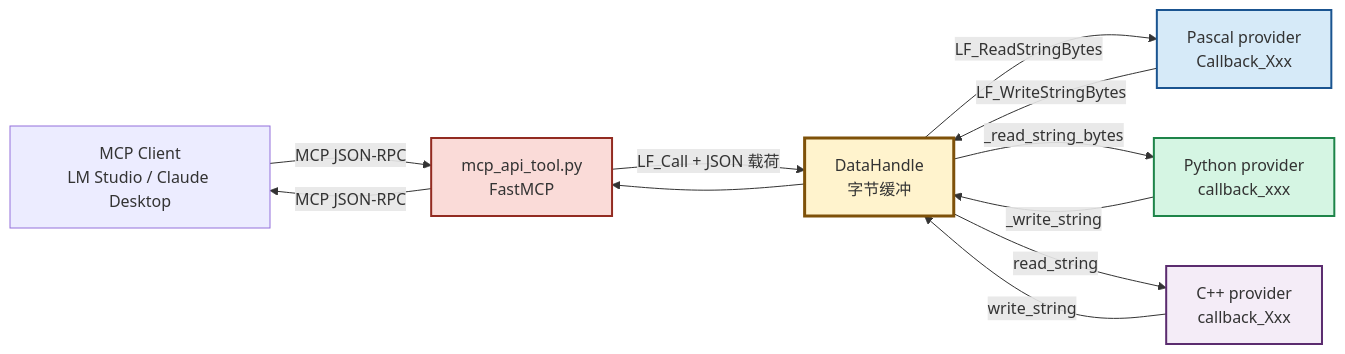
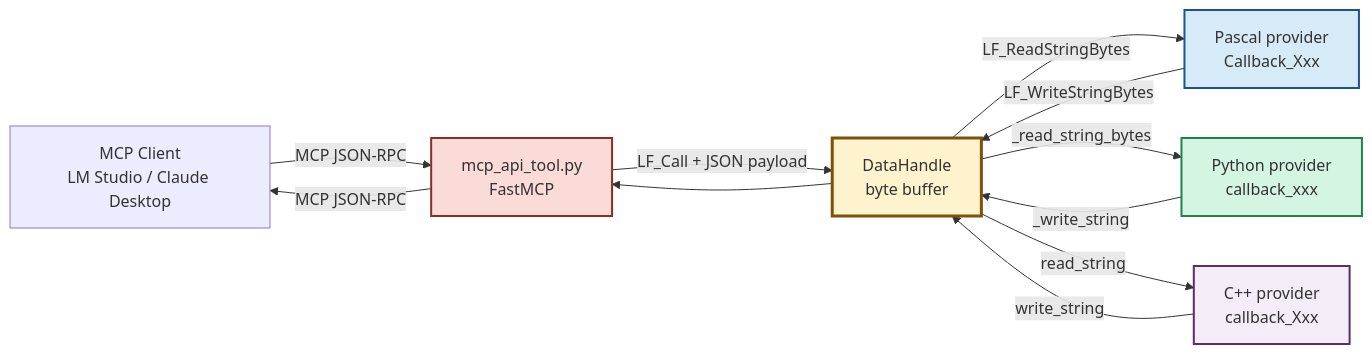
One commit to PassByYou888/LingoFuse-Tools changed the first of 13 diagrams in src/pascal_c_to_mcp/MCP_API_Contract.md. Above: the diagram before and after it, drawn with Mermaid. The commit also changed other lines of this file, not shown here.

````diff
--- a/src/pascal_c_to_mcp/MCP_API_Contract.md
+++ b/src/pascal_c_to_mcp/MCP_API_Contract.md
@@ -58,19 +58,19 @@
 ```mermaid
 flowchart LR
     Client["MCP Client<br/>LM Studio / Claude Desktop"] -->|"MCP JSON-RPC"| MCP["mcp_api_tool.py<br/>FastMCP"]
-    MCP -->|"LF_Call + JSON 载荷"| DH["DataHandle<br/>字节缓冲"]
+    MCP -->|"LF_Call + JSON payload"| DH["DataHandle<br/>byte buffer"]
     DH -->|"LF_ReadStringBytes"| PAS["Pascal provider<br/>Callback_Xxx"]
     DH -->|"_read_string_bytes"| PYC["Python provider<br/>callback_xxx"]
     DH -->|"read_string"| CPP["C++ provider<br/>callback_Xxx"]
     PAS -->|"LF_WriteStringBytes"| DH
     PYC -->|"_write_string"| DH
     CPP -->|"write_string"| DH
     DH --> MCP
     MCP -->|"MCP JSON-RPC"| Client
 
     style DH fill:#FFF3CD,stroke:#7E5109,stroke-width:3px
     style PAS fill:#D6EAF8,stroke:#1A5490,stroke-width:2px
     style PYC fill:#D5F5E3,stroke:#1E8449,stroke-width:2px
     style CPP fill:#F4ECF7,stroke:#5B2C6F,stroke-width:2px
     style MCP fill:#FADBD8,stroke:#922B21,stroke-width:2px
 ```
````
